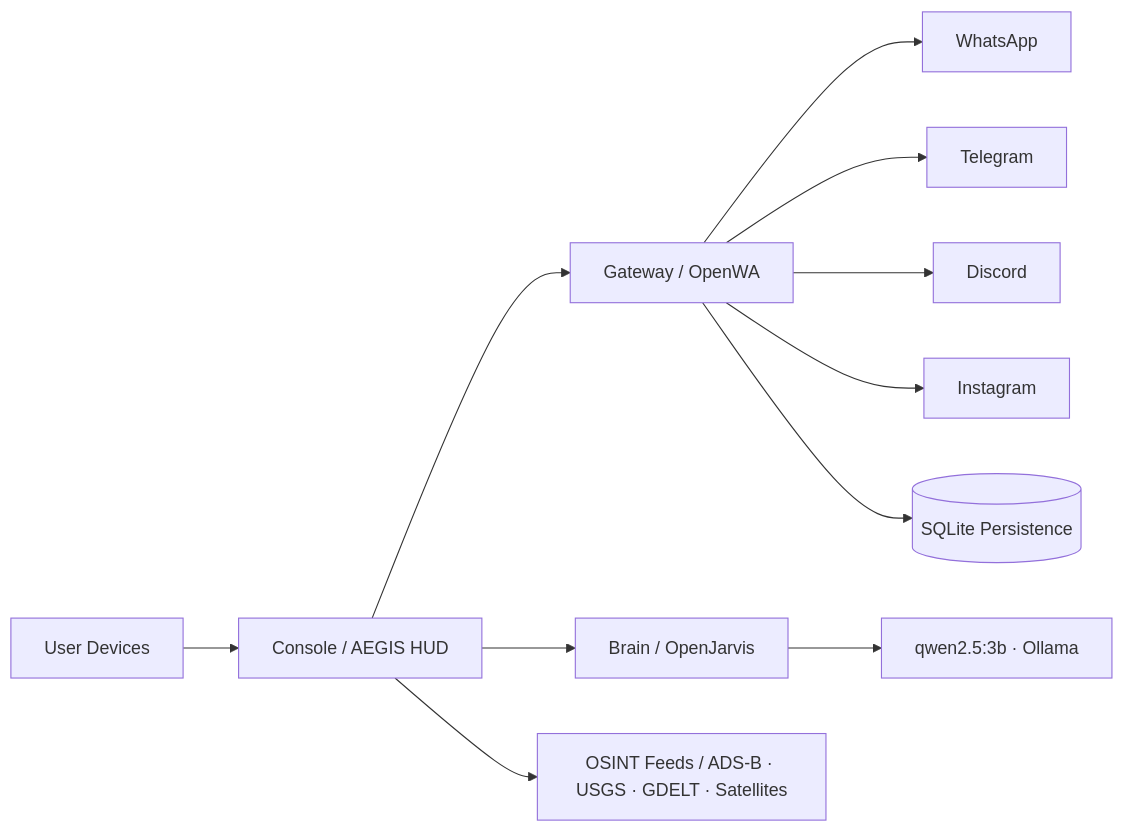
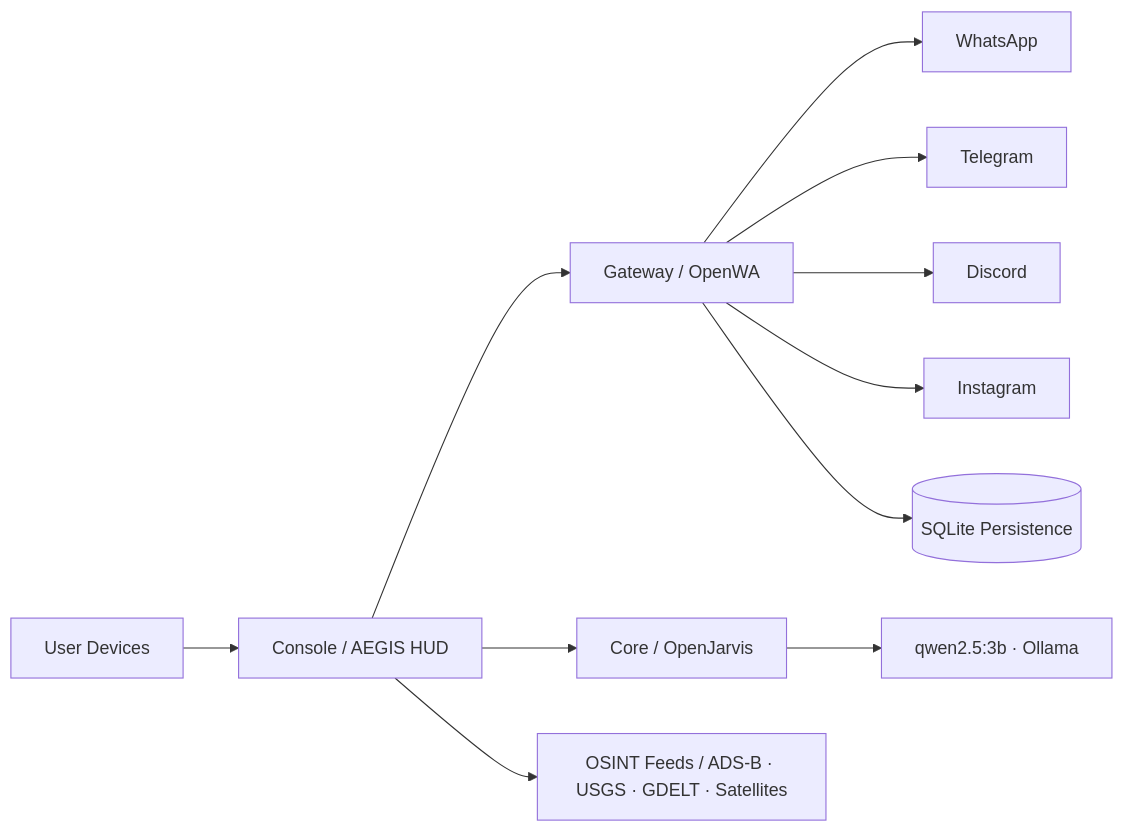
One commit to emmadleo9/AEGIS-OS changed the diagram in README.md. Above: the diagram before and after it, drawn with Mermaid. The commit also changed other lines of this file, not shown here.

Commit message:
docs: update README to v4.0 HUD, OpenRouter models, system monitor, console routes, and directory structure

````diff
--- a/README.md
+++ b/README.md
@@ -56,13 +56,13 @@
 ```mermaid
 flowchart LR
     U[User Devices] --> C[Console / AEGIS HUD]
     C --> G[Gateway / OpenWA]
-    C --> B[Brain / OpenJarvis]
+    C --> K[Core / OpenJarvis]
     G --> WA[WhatsApp]
     G --> TG[Telegram]
     G --> DC[Discord]
     G --> IG[Instagram]
     C --> O[OSINT Feeds / ADS-B · USGS · GDELT · Satellites]
-    B --> LLM[qwen2.5:3b · Ollama]
+    K --> LLM[qwen2.5:3b · Ollama]
     G --> DB[(SQLite Persistence)]
 ```
````
